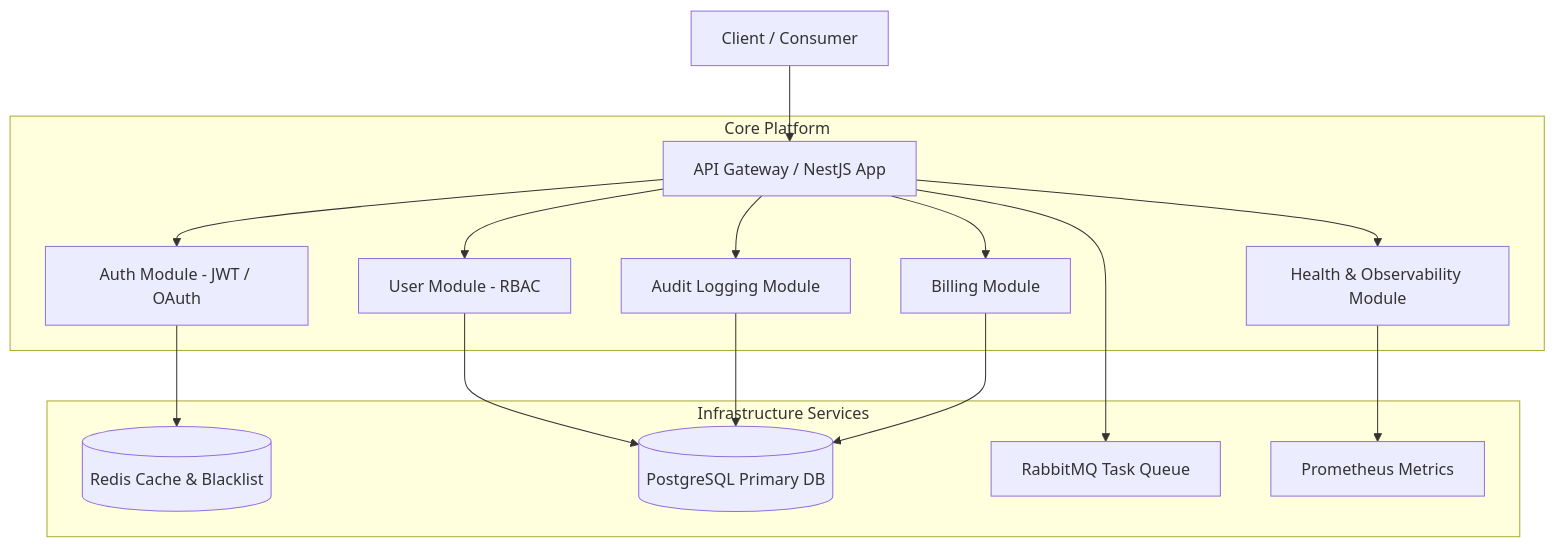
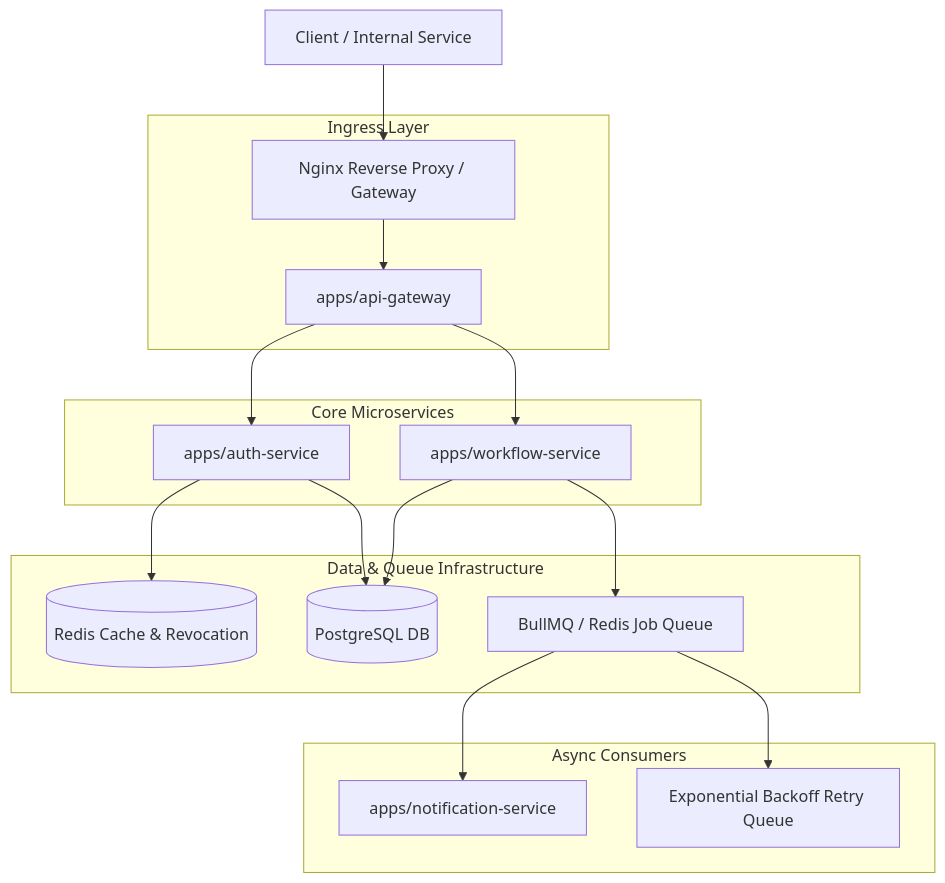
One commit to NabarupDev/ForgeGate changed the diagram in README.md. Above: the diagram before and after it, drawn with Mermaid. The commit also changed other lines of this file and 240 other files, not shown here.

Commit message:
feat: refactor into production monorepo microservices architecture with distributed workflow engine

````diff
--- a/README.md
+++ b/README.md
@@ -9,21 +38,25 @@
 ```mermaid
 flowchart TD
-    Client[Client / Consumer] --> Gateway[API Gateway / NestJS App]
+    Client[Client / Internal Service] --> Nginx[Nginx Reverse Proxy / Gateway]
     
-    subgraph Core Platform
-        Gateway --> Auth[Auth Module - JWT / OAuth]
-        Gateway --> User[User Module - RBAC]
-        Gateway --> Audit[Audit Logging Module]
-        Gateway --> Billing[Billing Module]
-        Gateway --> Health[Health & Observability Module]
+    subgraph Ingress Layer
+        Nginx --> Gateway[apps/api-gateway]
     end
 
-    subgraph Infrastructure Services
-        Auth --> Redis[(Redis Cache & Blacklist)]
-        User --> Postgres[(PostgreSQL Primary DB)]
-        Audit --> Postgres
-        Billing --> Postgres
-        Gateway --> Queue[RabbitMQ Task Queue]
-        Health --> Prometheus[Prometheus Metrics]
+    subgraph Core Microservices
+        Gateway --> AuthService[apps/auth-service]
+        Gateway --> WorkflowEngine[apps/workflow-service]
+    end
+
+    subgraph Data & Queue Infrastructure
+        AuthService --> Redis[(Redis Cache & Revocation)]
+        AuthService --> Postgres[(PostgreSQL DB)]
+        WorkflowEngine --> Postgres
+        WorkflowEngine --> Queue[BullMQ / Redis Job Queue]
+    end
+
+    subgraph Async Consumers
+        Queue --> NotificationWorker[apps/notification-service]
+        Queue --> RetryEngine[Exponential Backoff Retry Queue]
     end
 ```
````
